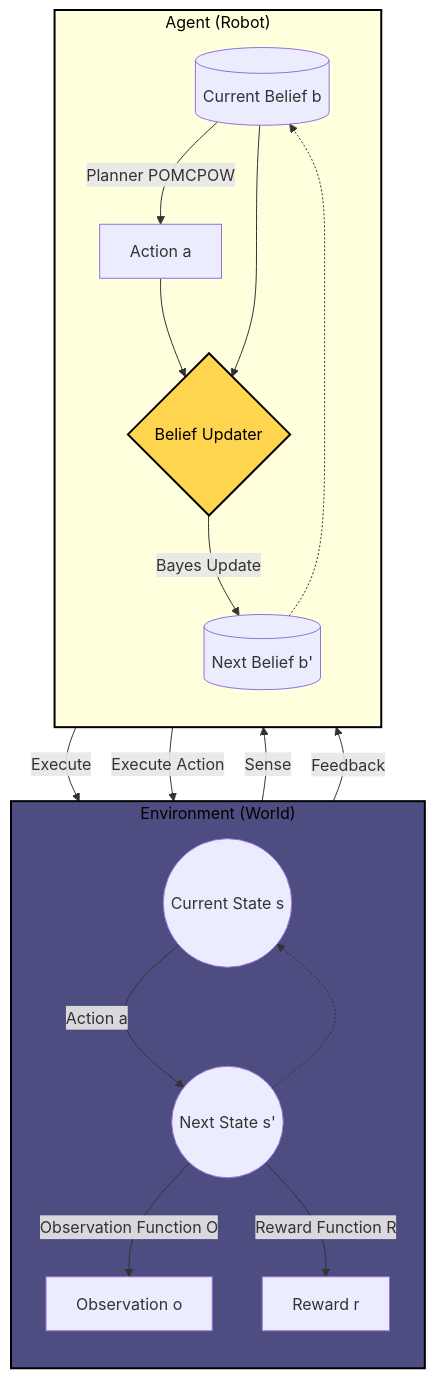
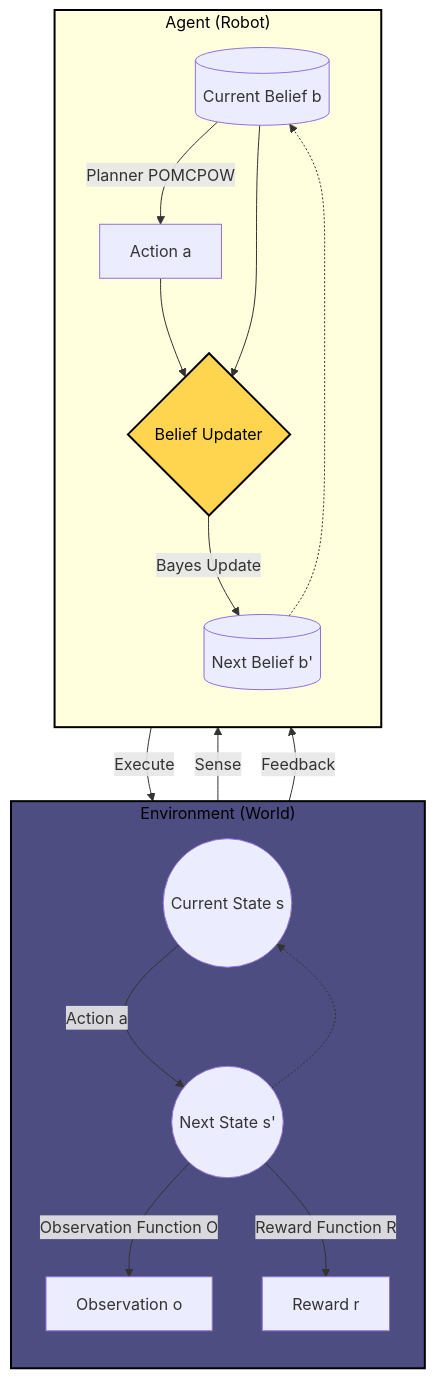
The second of 3 diagrams in README.md (hoashalarajh/Partially-Observable-Markov-Decision-Process-based-Robot-Decision-Making), drawn with Mermaid before and after one commit.

Commit message:
Simplify connections section in README
Removed redundant action execution description.

````diff
--- a/README.md
+++ b/README.md
@@ -89,33 +89,32 @@
 ```mermaid
 graph TD
     subgraph Environment ["Environment (World)"]
         direction TB
         s_curr((Current State s)) -->|Action a| s_next((Next State s'))
         s_next -->|Observation Function O| o[Observation o]
         s_next -->|Reward Function R| r[Reward r]
     end
 
     subgraph Agent ["Agent (Robot)"]
         direction TB
         b_curr[(Current Belief b)] -->|Planner POMCPOW| a[Action a]
         o --> |Sense| Updater{Belief Updater}
         a --> Updater
         b_curr --> Updater
         Updater -->|Bayes Update| b_next[(Next Belief b')]
     end
 
     %% Connections between Agent and Environment
     a -->|Execute| s_curr
     r -->|Feedback| b_next
-    a -->|Execute Action| s_curr
 
     %% The Loop Connection
     b_next -.-> b_curr
     s_next -.-> s_curr
 
     %% Styling
     %% I added 'color:black' (text) and 'stroke:black' (border) to Environment
     style Environment fill:#4e4d82,stroke:black,stroke-width:2px,color:black
     style Agent fill:##824d67,stroke:black,stroke-width:2px,color:black
     style Updater fill:#ffd54f,stroke:black,stroke-width:2px,color:black
 ```
````
